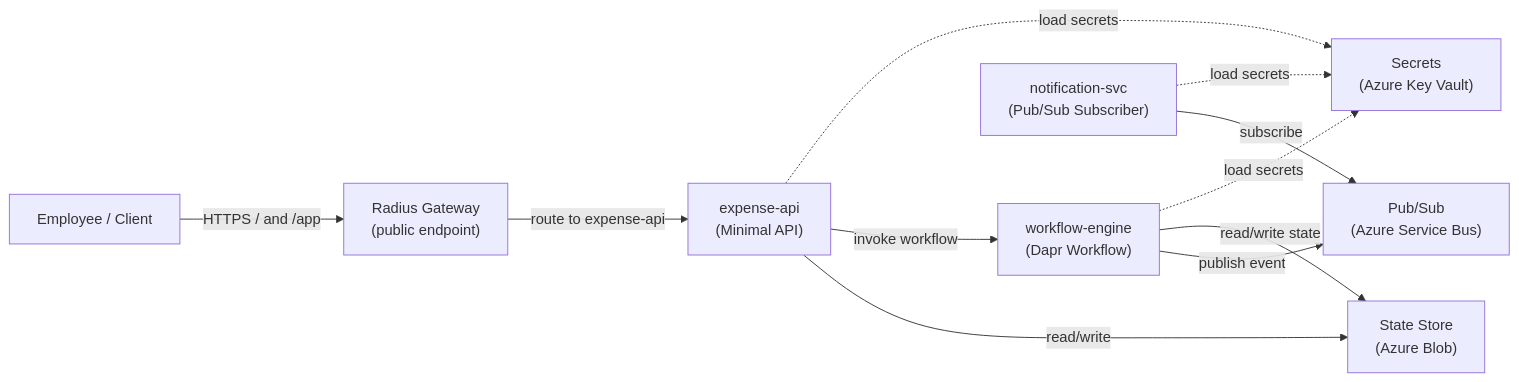
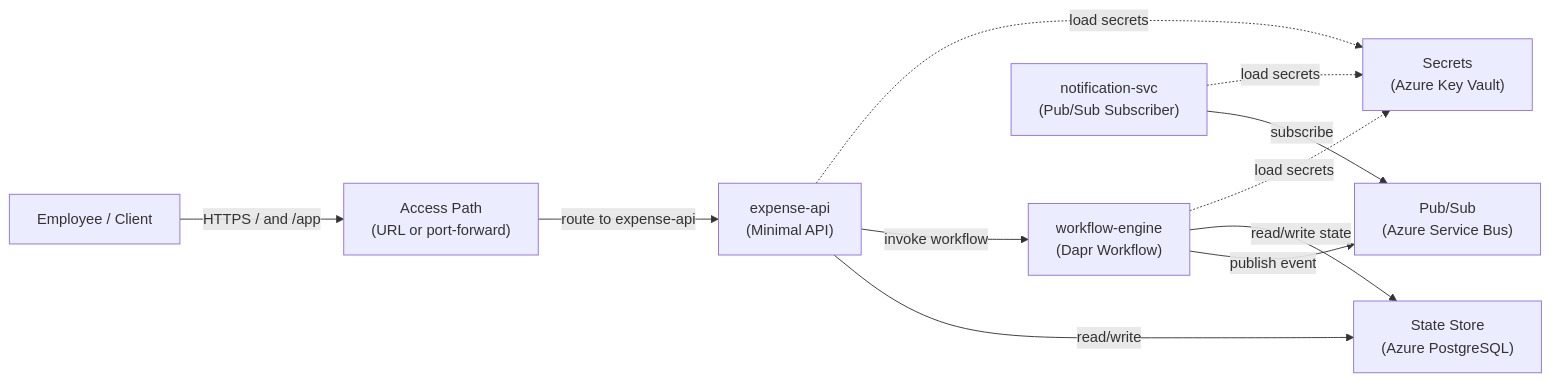
Before and after one commit to wesback/RadiusClaim: the diagram in README.md, drawn with Mermaid. The commit also changed other lines of this file and 172 other files, not shown here.

````diff
--- a/README.md
+++ b/README.md
@@ -518,26 +479,26 @@
 ```mermaid
 graph LR
     Client["Employee / Client"]
-    Gateway["Radius Gateway<br/>(public endpoint)"]
+    Gateway["Access Path<br/>(URL or port-forward)"]
     API["expense-api<br/>(Minimal API)"]
     WF["workflow-engine<br/>(Dapr Workflow)"]
     NOTIF["notification-svc<br/>(Pub/Sub Subscriber)"]
     
-    State["State Store<br/>(Azure Blob)"]
+    State["State Store<br/>(Azure PostgreSQL)"]
     PubSub["Pub/Sub<br/>(Azure Service Bus)"]
     Secrets["Secrets<br/>(Azure Key Vault)"]
     
     Client -->|HTTPS / and /app| Gateway
     Gateway -->|route to expense-api| API
     API -->|read/write| State
     API -->|invoke workflow| WF
     
     WF -->|publish event| PubSub
     WF -->|read/write state| State
     
     NOTIF -->|subscribe| PubSub
     
     API -.->|load secrets| Secrets
     WF -.->|load secrets| Secrets
     NOTIF -.->|load secrets| Secrets
 ```
````
